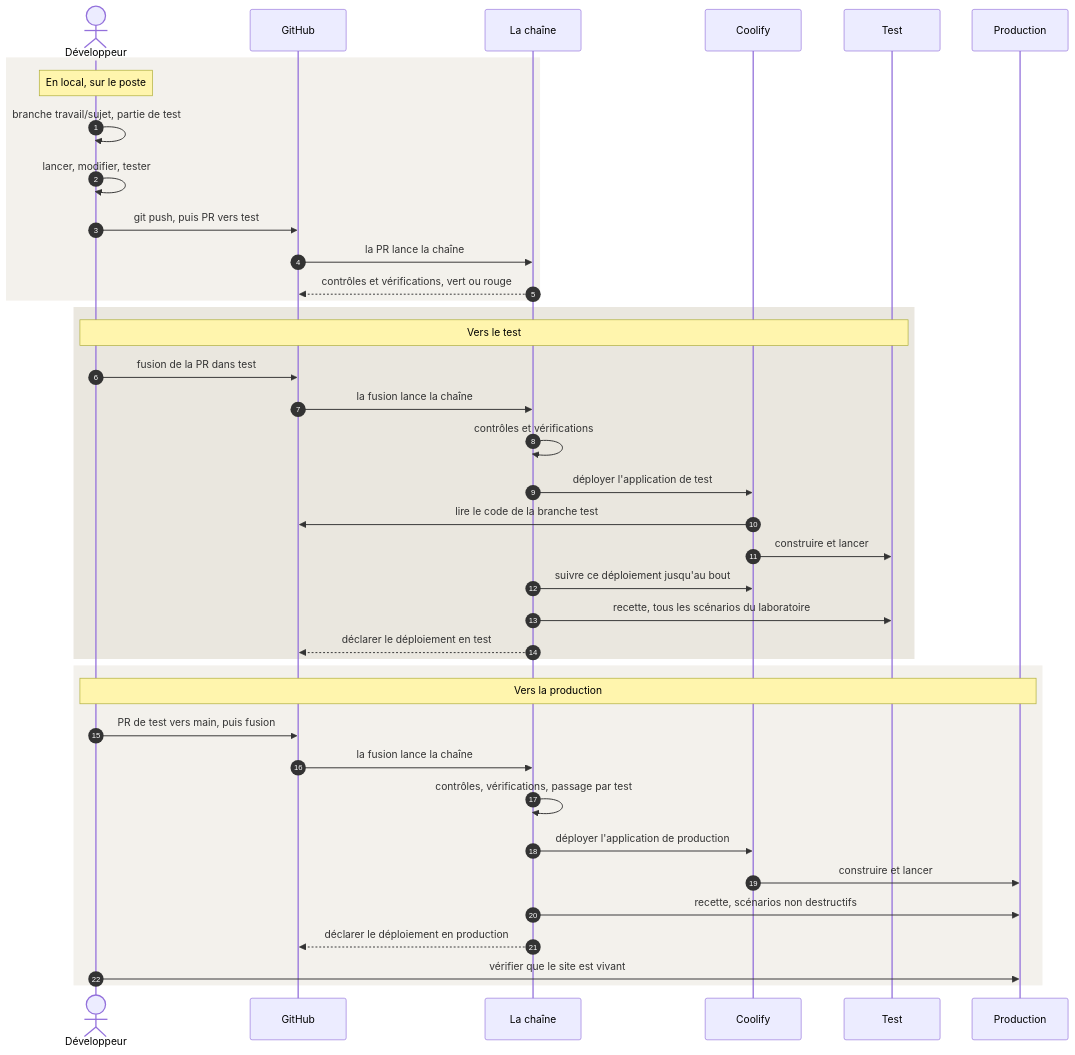
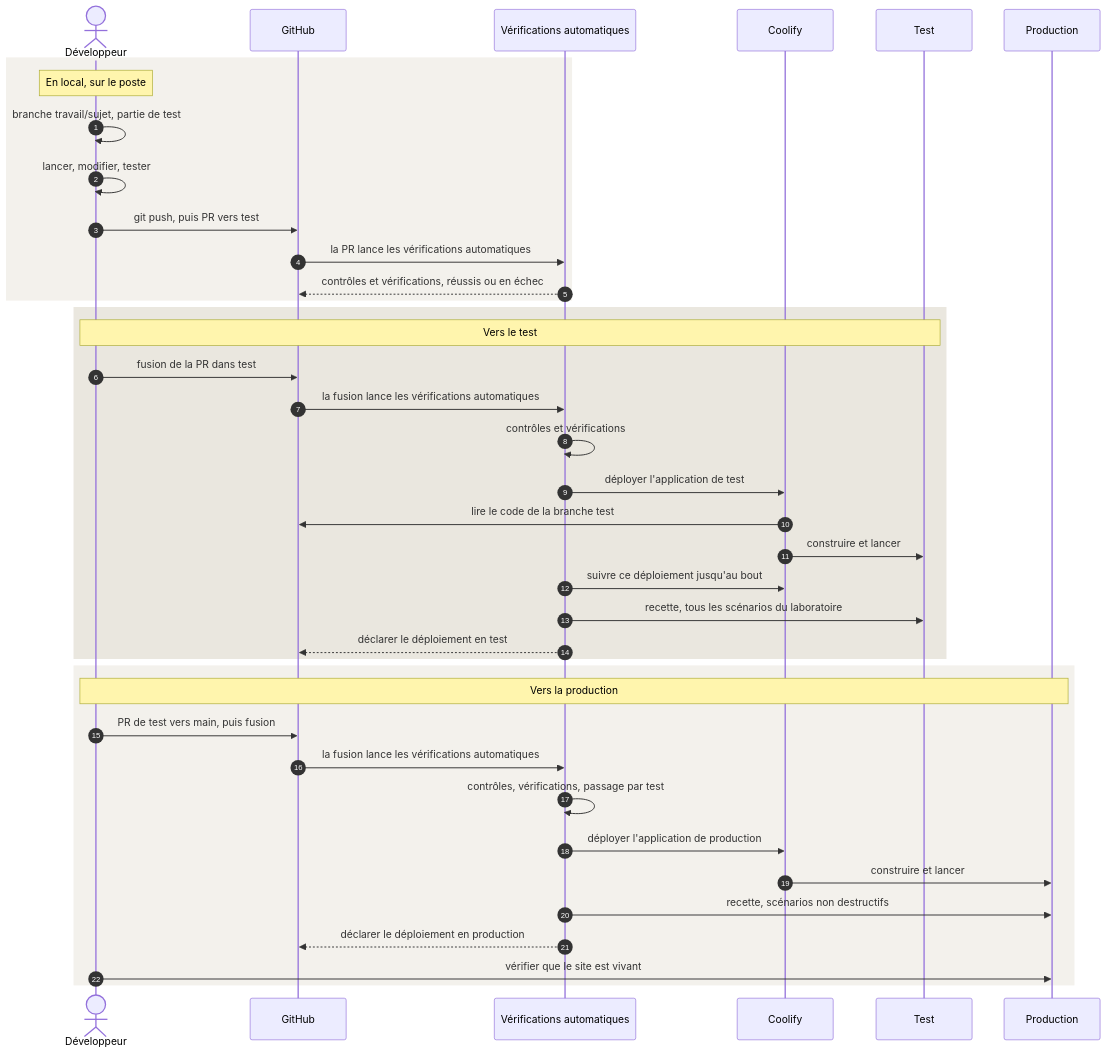
One commit to oscar-organisation/oscar-general-gouvernance-project changed the diagram in docs/schemas/02-trajet-d-une-modification.mmd. Above: the diagram before and after it, drawn with Mermaid. The commit also changed 41 other files, not shown here.

First line of the commit message:
Dire « vérifications automatiques » dans le portail et son guide, décisions 87 et 88

```diff
--- a/docs/schemas/02-trajet-d-une-modification.mmd
+++ b/docs/schemas/02-trajet-d-une-modification.mmd
@@ -1,46 +1,46 @@
 %% Le trajet d'une modification, du poste jusqu'à la production.
 %% Source de 02-trajet-d-une-modification.svg. L'image ne se retouche jamais à la main.
 %% Après une modification, depuis la racine du dépôt:
 %%   docker compose -f docs/outils/compose.yaml run --rm schemas
 sequenceDiagram
   autonumber
   actor D as Développeur
   participant G as GitHub
-  participant C as La chaîne
+  participant C as Vérifications automatiques
   participant K as Coolify
   participant T as Test
   participant P as Production
 
   rect rgb(243, 241, 236)
     Note over D: En local, sur le poste
     D->>D: branche travail/sujet, partie de test
     D->>D: lancer, modifier, tester
     D->>G: git push, puis PR vers test
-    G->>C: la PR lance la chaîne
-    C-->>G: contrôles et vérifications, vert ou rouge
+    G->>C: la PR lance les vérifications automatiques
+    C-->>G: contrôles et vérifications, réussis ou en échec
   end
 
   rect rgb(234, 231, 223)
     Note over D,T: Vers le test
     D->>G: fusion de la PR dans test
-    G->>C: la fusion lance la chaîne
+    G->>C: la fusion lance les vérifications automatiques
     C->>C: contrôles et vérifications
     C->>K: déployer l'application de test
     K->>G: lire le code de la branche test
     K->>T: construire et lancer
     C->>K: suivre ce déploiement jusqu'au bout
     C->>T: recette, tous les scénarios du laboratoire
     C-->>G: déclarer le déploiement en test
   end
 
   rect rgb(243, 241, 236)
     Note over D,P: Vers la production
     D->>G: PR de test vers main, puis fusion
-    G->>C: la fusion lance la chaîne
+    G->>C: la fusion lance les vérifications automatiques
     C->>C: contrôles, vérifications, passage par test
     C->>K: déployer l'application de production
     K->>P: construire et lancer
     C->>P: recette, scénarios non destructifs
     C-->>G: déclarer le déploiement en production
     D->>P: vérifier que le site est vivant
   end
```
